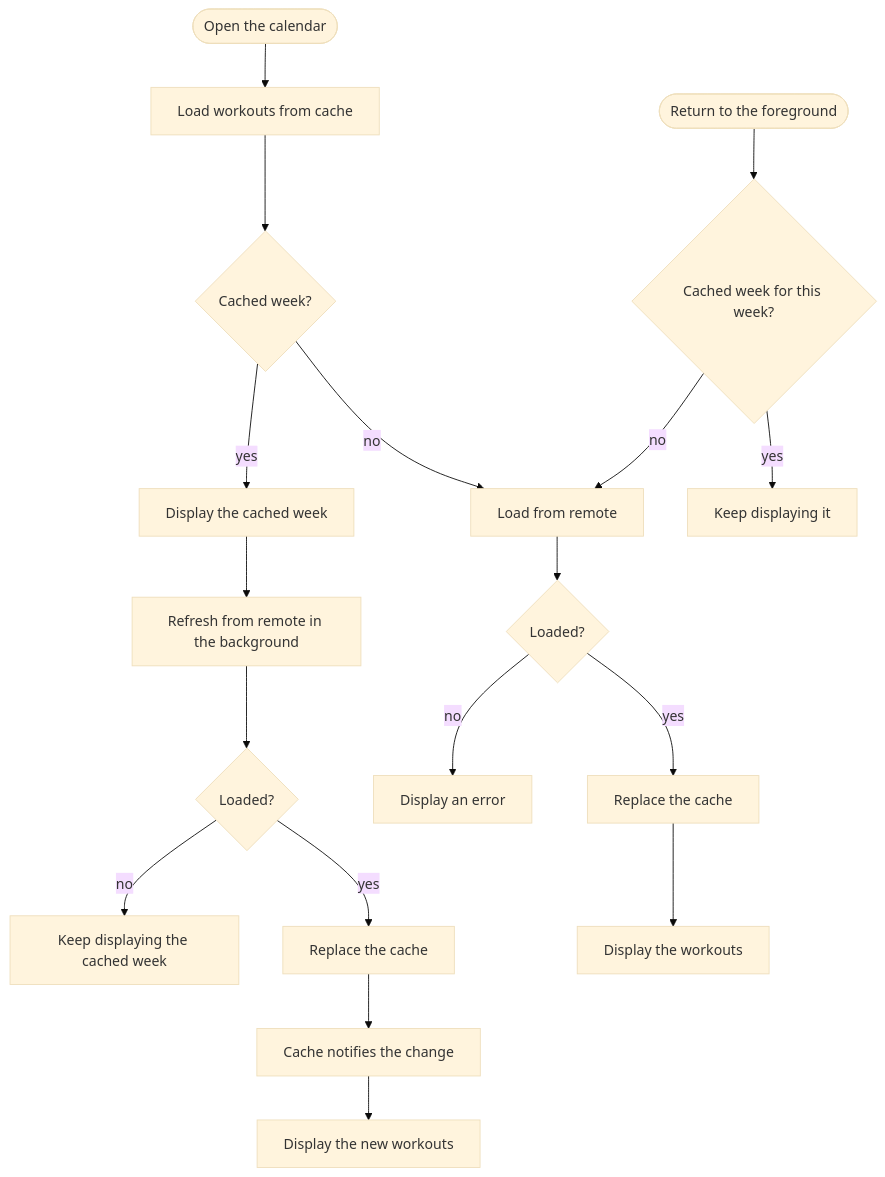
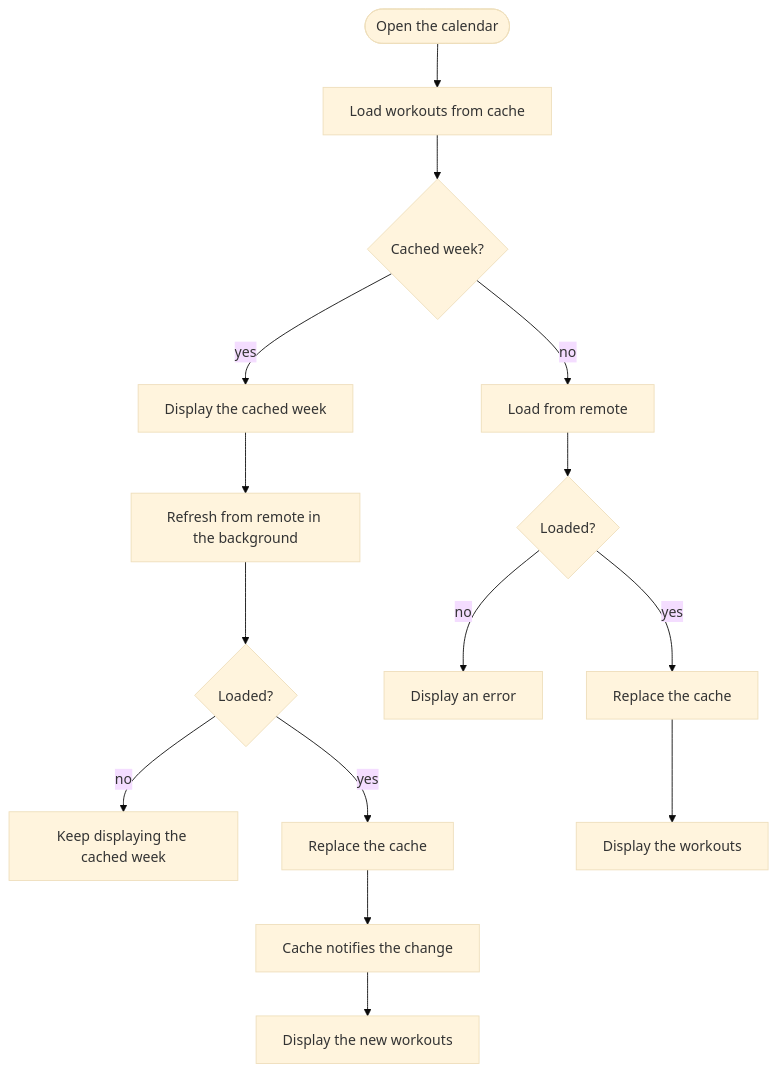
One commit to tringuyen623/training-calendar changed the first of 2 diagrams in README.md. Above: the diagram before and after it, drawn with Mermaid (base theme). The commit also changed other lines of this file, not shown here.

First line of the commit message:
Restore the Load Workouts From Remote use case and reference it from Load Weekly Workouts; drop the foreground entry from the flowchart

````diff
--- a/README.md
+++ b/README.md
@@ -288,17 +301,14 @@
 ```mermaid
 flowchart TD
     Open([Open the calendar]) --> Cache[Load workouts from cache]
     Cache --> HasCache{Cached week?}
     HasCache -- yes --> ShowCache[Display the cached week]
     ShowCache --> Refresh[Refresh from remote in the background]
     Refresh --> RefreshOk{Loaded?}
     RefreshOk -- no --> Keep[Keep displaying the cached week]
     RefreshOk -- yes --> Replace[Replace the cache] --> Notify[Cache notifies the change] --> Update[Display the new workouts]
     HasCache -- no --> Remote[Load from remote]
     Remote --> RemoteOk{Loaded?}
     RemoteOk -- no --> Error[Display an error]
     RemoteOk -- yes --> Save[Replace the cache] --> Show[Display the workouts]
-    Return([Return to the foreground]) --> Current{Cached week for this week?}
-    Current -- yes --> KeepShown[Keep displaying it]
-    Current -- no --> Remote
 ```
````
